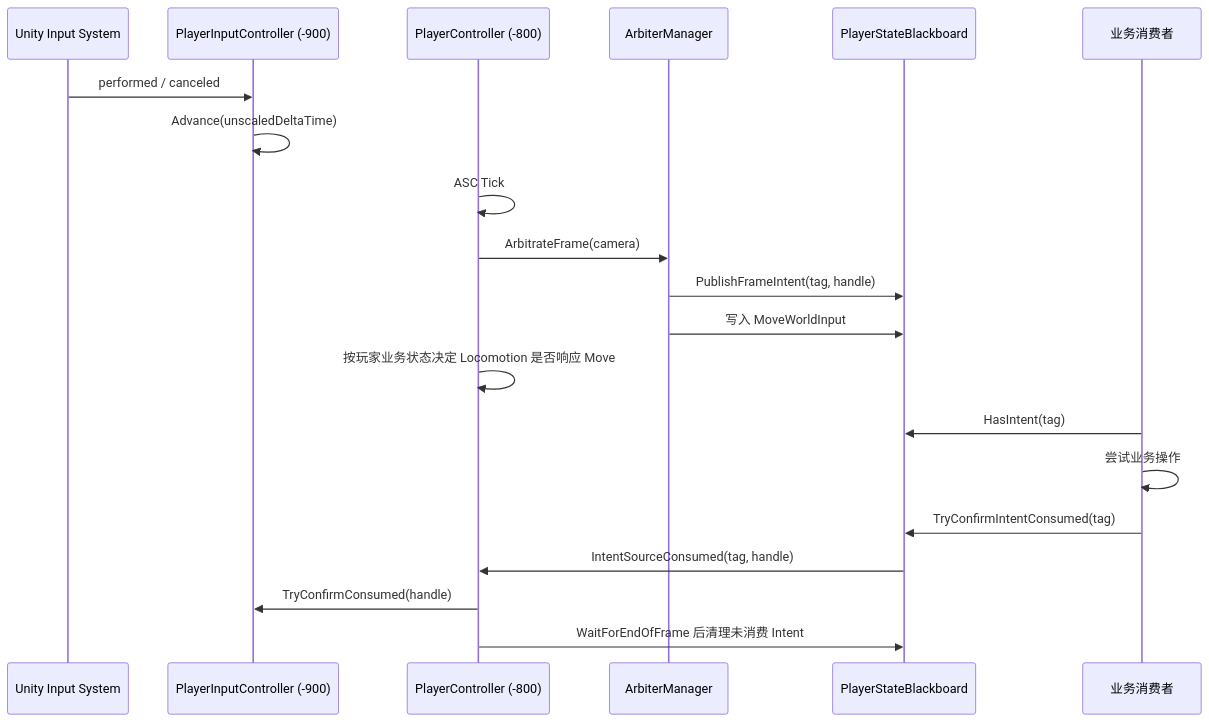
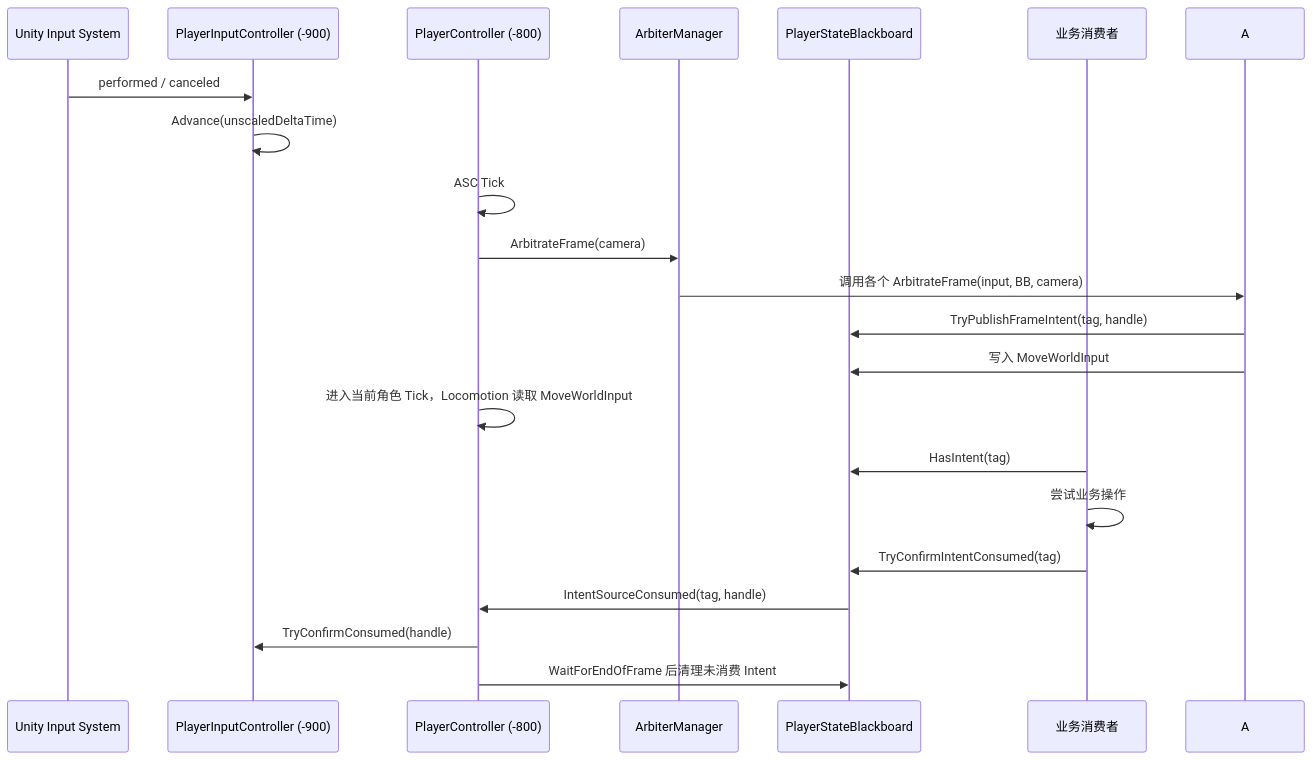
The third of 3 diagrams in Assets/Scripts/Input/PlayerInputPreprocessing.md (Whitesheeeep/3DRPG), drawn with Mermaid before and after one commit. The commit also changed other lines of this file and 5 other files, not shown here.

Commit message:
1. 输入优化，开放 Request 获取，不一定非要意图 tag，方便后续业务使用

````diff
--- a/Assets/Scripts/Input/PlayerInputPreprocessing.md
+++ b/Assets/Scripts/Input/PlayerInputPreprocessing.md
@@ -281,23 +277,24 @@
 ```mermaid
 sequenceDiagram
     participant IS as Unity Input System
     participant IC as PlayerInputController (-900)
     participant PC as PlayerController (-800)
     participant AM as ArbiterManager
     participant BB as PlayerStateBlackboard
     participant BC as 业务消费者
 
     IS->>IC: performed / canceled
     IC->>IC: Advance(unscaledDeltaTime)
     PC->>PC: ASC Tick
     PC->>AM: ArbitrateFrame(camera)
-    AM->>BB: PublishFrameIntent(tag, handle)
-    AM->>BB: 写入 MoveWorldInput
-    PC->>PC: 按玩家业务状态决定 Locomotion 是否响应 Move
+    AM->>A: 调用各个 ArbitrateFrame(input, BB, camera)
+    A->>BB: TryPublishFrameIntent(tag, handle)
+    A->>BB: 写入 MoveWorldInput
+    PC->>PC: 进入当前角色 Tick，Locomotion 读取 MoveWorldInput
     BC->>BB: HasIntent(tag)
     BC->>BC: 尝试业务操作
     BC->>BB: TryConfirmIntentConsumed(tag)
     BB->>PC: IntentSourceConsumed(tag, handle)
     PC->>IC: TryConfirmConsumed(handle)
     PC->>BB: WaitForEndOfFrame 后清理未消费 Intent
 ```
````
